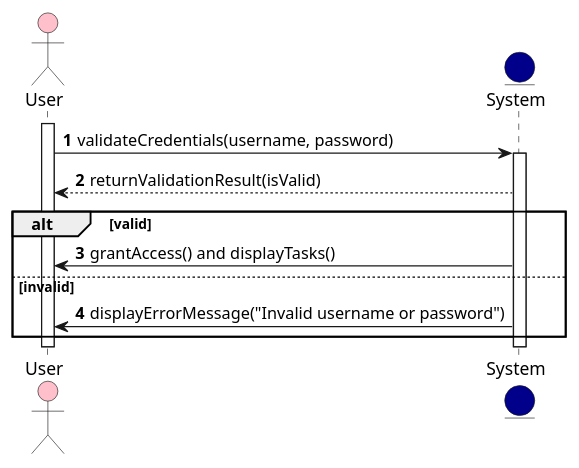
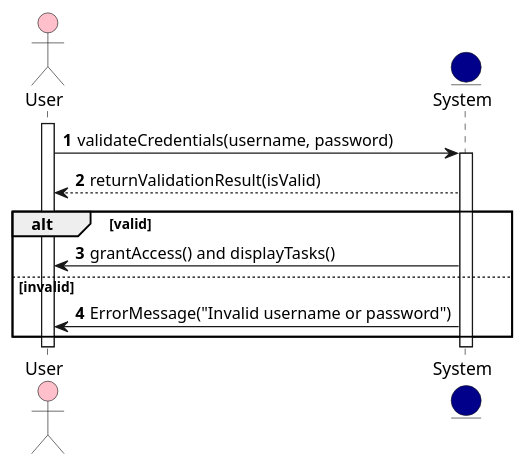
The diagram in login (d).puml (Wessam100/On-Time-), drawn with PlantUML before and after one commit. The commit also changed 2 other files, not shown here.

```diff
--- a/login (d).puml
+++ b/login (d).puml
@@ -1,18 +1,18 @@
 @startuml
 'https://plantuml.com/sequence-diagram
 
 autonumber
 
 actor User #Pink
 entity System #darkblue
 activate User
 User -> System: validateCredentials(username, password)
 activate System
 System --> User: returnValidationResult(isValid)
 
 alt valid
     System -> User: grantAccess() and displayTasks()
 else invalid
-    System -> User: displayErrorMessage("Invalid username or password")
+    System -> User: ErrorMessage("Invalid username or password")
 end
 @enduml
```
